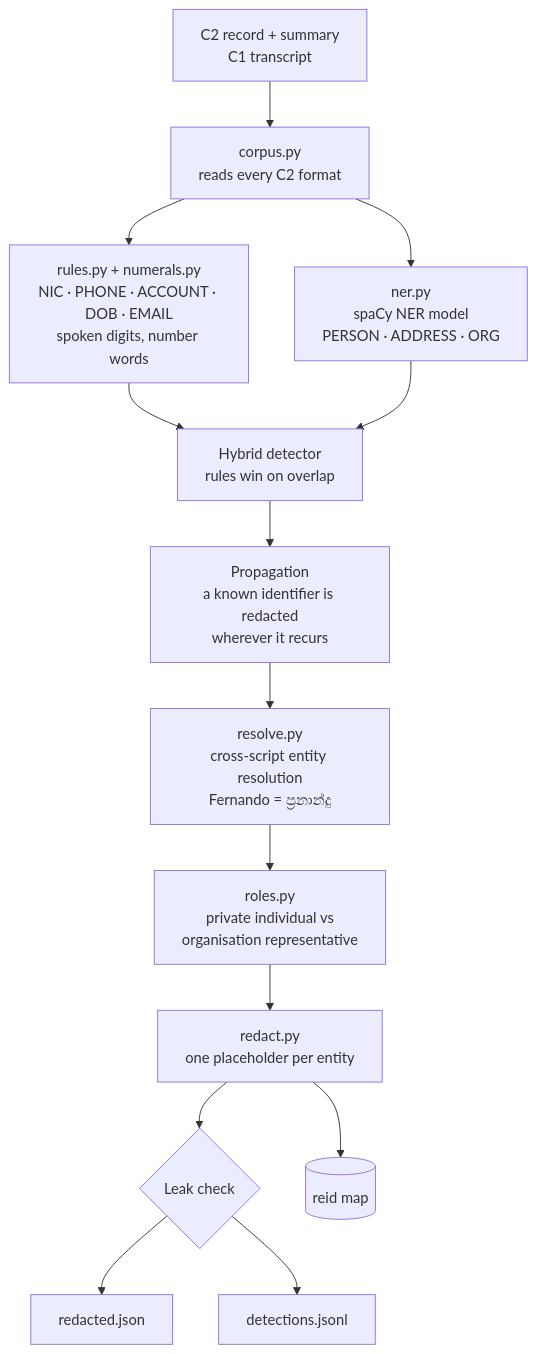
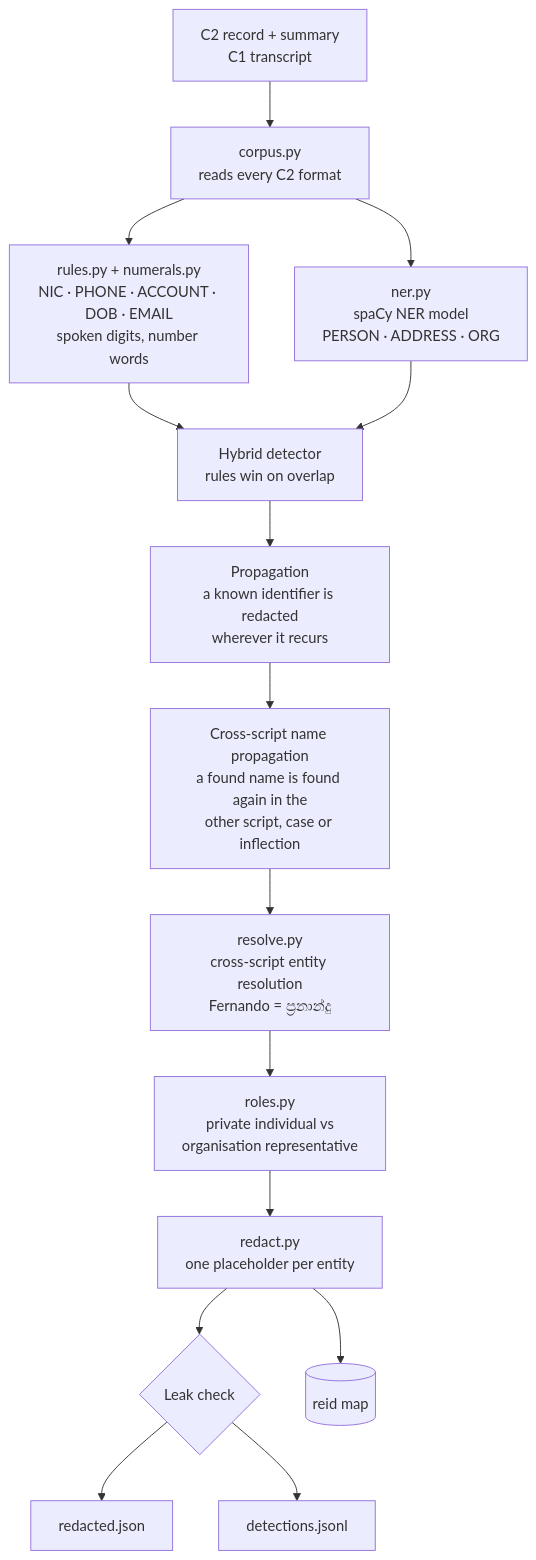
Before and after one commit to RumethAmare/J26-DS-313-SORA: the second of 2 diagrams in c4/reports/ARCHITECTURE.md, drawn with Mermaid. The commit also changed other lines of this file and 6 other files, not shown here.

First line of the commit message:
C4: final results with name propagation

````diff
--- a/c4/reports/ARCHITECTURE.md
+++ b/c4/reports/ARCHITECTURE.md
@@ -34,16 +34,17 @@
 ```mermaid
 flowchart TB
     IN[C2 record + summary<br/>C1 transcript] --> LOAD[corpus.py<br/>reads every C2 format]
     LOAD --> RULES[rules.py + numerals.py<br/>NIC · PHONE · ACCOUNT · DOB · EMAIL<br/>spoken digits, number words]
     LOAD --> NER[ner.py<br/>spaCy NER model<br/>PERSON · ADDRESS · ORG]
     RULES --> HYB[Hybrid detector<br/>rules win on overlap]
     NER --> HYB
     HYB --> PROP[Propagation<br/>a known identifier is redacted<br/>wherever it recurs]
-    PROP --> RES[resolve.py<br/>cross-script entity resolution<br/>Fernando = ප්‍රනාන්දු]
+    PROP --> NAMES[Cross-script name propagation<br/>a found name is found again in the<br/>other script, case or inflection]
+    NAMES --> RES[resolve.py<br/>cross-script entity resolution<br/>Fernando = ප්‍රනාන්දු]
     RES --> ROLE[roles.py<br/>private individual vs<br/>organisation representative]
     ROLE --> RED[redact.py<br/>one placeholder per entity]
     RED --> LEAK{Leak check}
     LEAK --> O1[redacted.json]
     LEAK --> O2[detections.jsonl]
     RED --> O3[(reid map)]
 ```
````
